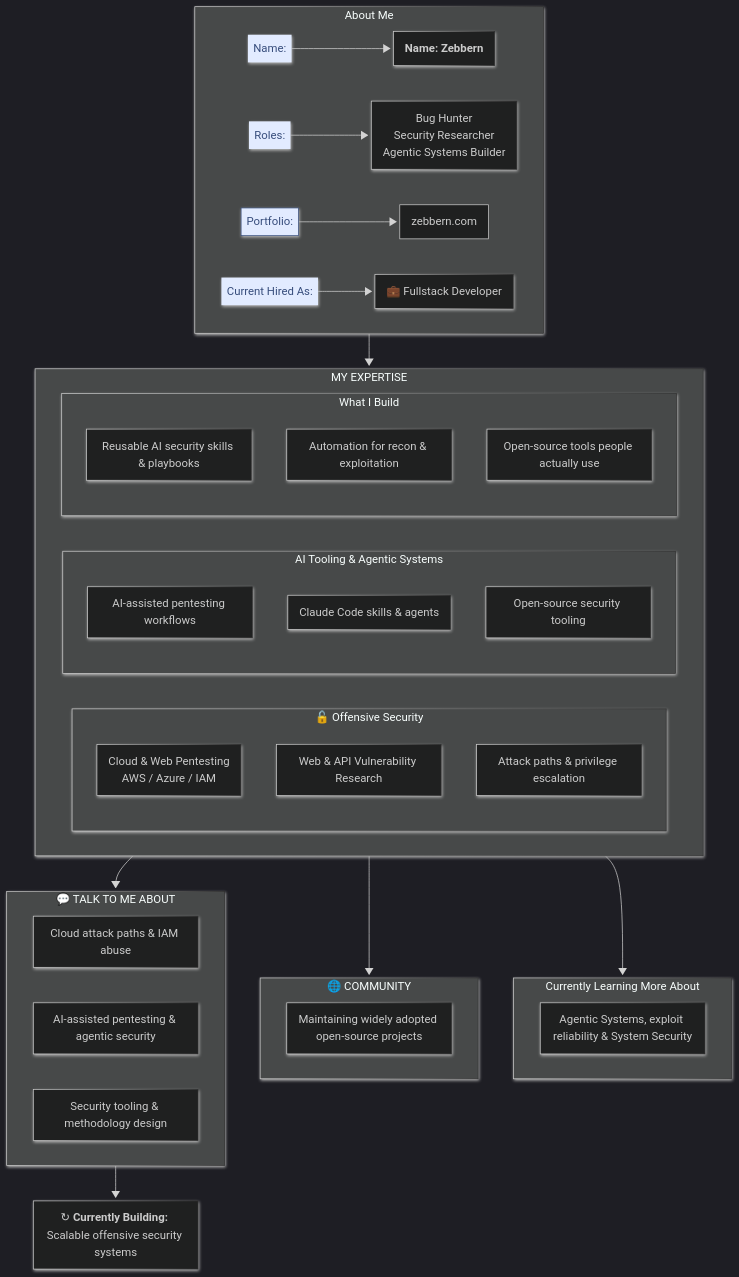
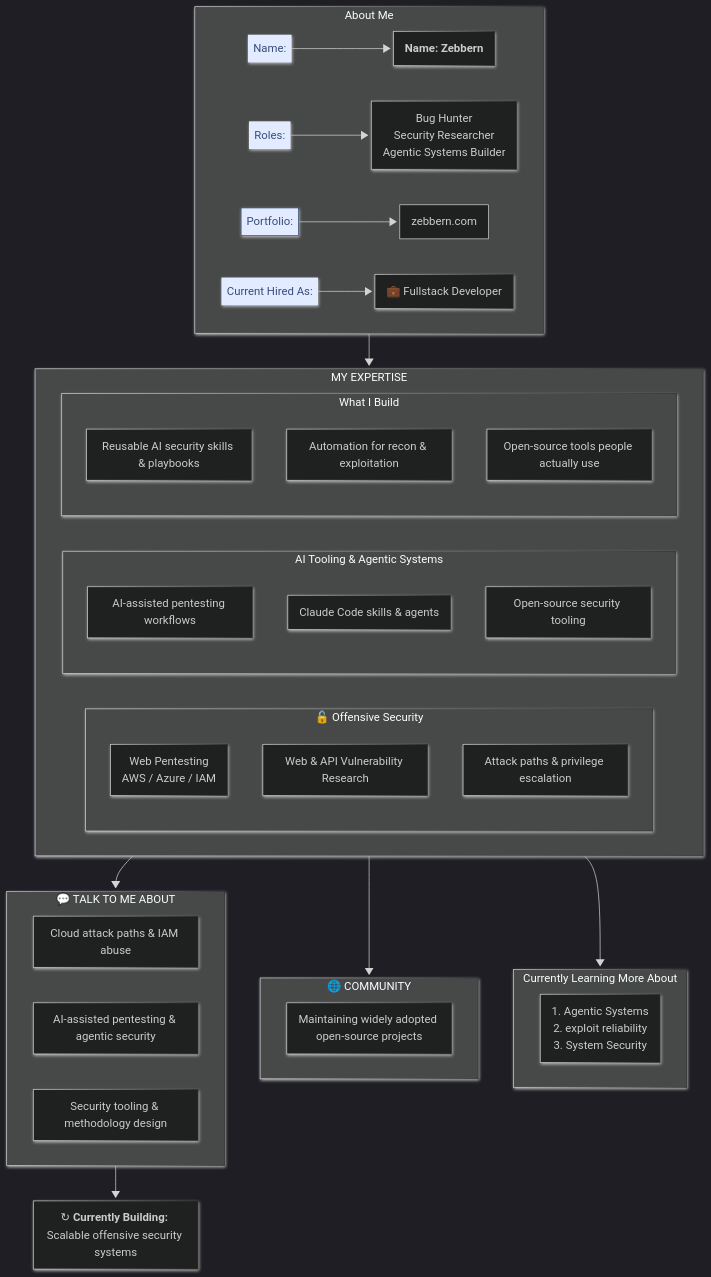
The diagram in README.md (zebbern/zebbern), drawn with Mermaid before and after one commit.

````diff
--- a/README.md
+++ b/README.md
@@ -17,73 +17,73 @@
 ```mermaid
 ---
 config:
   theme: dark
   layout: fixed
   look: neo
 ---
 flowchart TB
  subgraph ID["About Me"]
         name["<b>Name: Zebbern</b>"]
         role["Bug Hunter
         Security Researcher
         Agentic Systems Builder"]
         web["zebbern.com"]
         job["💼 Fullstack Developer"]
         n1["Roles:"]
         n2["Portfolio:"]
         n3["Name:"]
         n4["Current Hired As:"]
   end
  subgraph SEC["🔓 Offensive Security"]
-        s1["Cloud &amp; Web Pentesting<br>AWS / Azure / IAM"]
+        s1["Web Pentesting<br>AWS / Azure / IAM"]
         s2["Web & API Vulnerability Research"]
         s3["Attack paths & privilege escalation"]
   end
  subgraph AI["AI Tooling &amp; Agentic Systems"]
         a1["AI-assisted pentesting workflows"]
-        a2["Claude Code skills & agents"]
+        a2["Claude Code skills &amp; agents"]
         a3["Open-source security tooling"]
   end
  subgraph BUILD["What I Build"]
         b1["Reusable AI security skills & playbooks"]
         b2["Automation for recon & exploitation"]
         b3["Open-source tools people actually use"]
   end
  subgraph EXPERTISE["MY EXPERTISE"]
         SEC
         AI
         BUILD
   end
  subgraph LEARNING["Currently Learning More About"]
-        l1["Agentic Systems, exploit reliability & System Security"]
+        l1["1. Agentic Systems<br>2. exploit reliability<br>3. System Security"]
   end
  subgraph COMMUNITY["🌐 COMMUNITY"]
         c1["Maintaining widely adopted open-source projects"]
   end
  subgraph TALK["💬 TALK TO ME ABOUT"]
         t1["Cloud attack paths & IAM abuse"]
         t2["AI-assisted pentesting & agentic security"]
         t3["Security tooling & methodology design"]
   end
     EXPERTISE --> LEARNING & COMMUNITY & TALK
     TALK --> updating["↻ <b>Currently Building:</b> Scalable offensive security systems"]
     n1 --> role
     n2 --> web
     n3 --> name
     n4 --> job
     ID --> EXPERTISE
 
     n1@{ shape: text}
     n2@{ shape: text}
     n3@{ shape: text}
     n4@{ shape: text}
      n1:::Sky
      n2:::Sky
      n3:::Sky
      n4:::Sky
     classDef Sky stroke-width:1px, stroke-dasharray:none, stroke:#374D7C, fill:#E2EBFF, color:#374D7C
     style n1 color:none,stroke:none
     style n3 color:none,stroke:none
     style n4 color:none,stroke:none
     click web "https://zebbern.com/"
 ```
````
